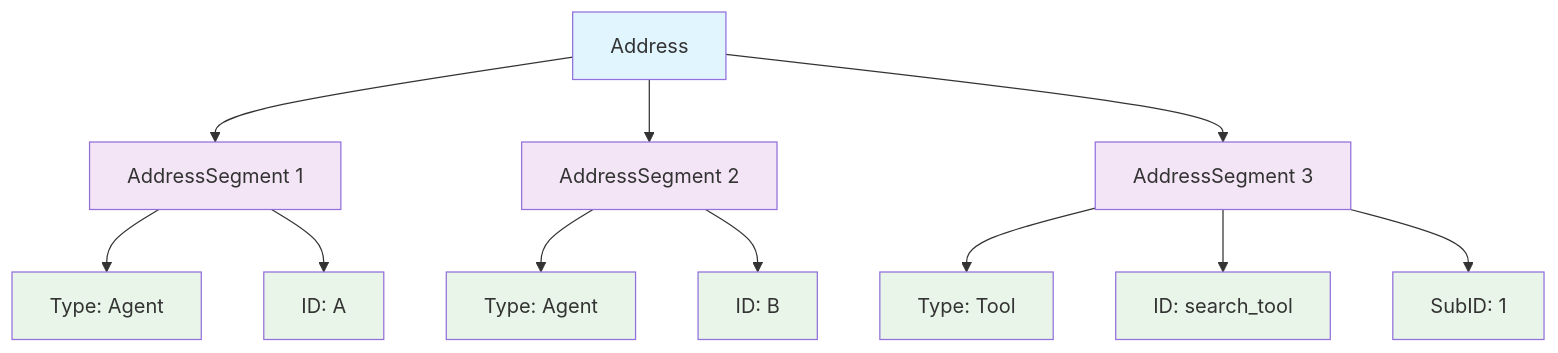
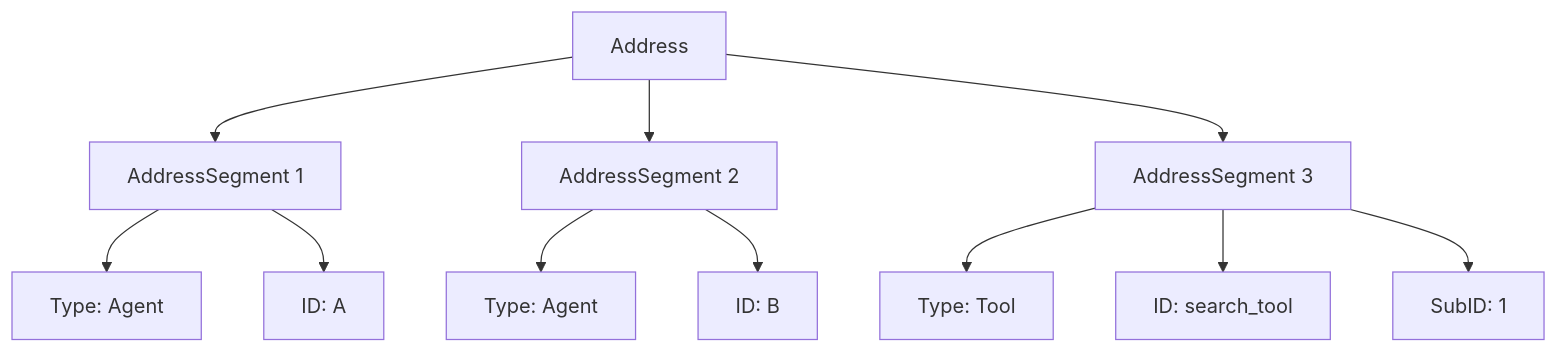
One commit to cloudwego/cloudwego.github.io changed the fourth of 5 diagrams in content/en/docs/eino/core_modules/eino_adk/agent_hitl.md. Above: the diagram before and after it, drawn with Mermaid. The commit also changed other lines of this file and 110 other files, not shown here.

````diff
--- a/content/en/docs/eino/core_modules/eino_adk/agent_hitl.md
+++ b/content/en/docs/eino/core_modules/eino_adk/agent_hitl.md
@@ -903,28 +531,16 @@
 ```mermaid
 graph TD
     A[Address] --> B[AddressSegment 1]
     A --> C[AddressSegment 2]
     A --> D[AddressSegment 3]
     
     B --> B1[Type: Agent]
     B --> B2[ID: A]
     
     C --> C1[Type: Agent]
     C --> C2[ID: B]
     
     D --> D1[Type: Tool]
     D --> D2[ID: search_tool]
     D --> D3[SubID: 1]
-    
-    style A fill:#e1f5fe
-    style B fill:#f3e5f5
-    style C fill:#f3e5f5
-    style D fill:#f3e5f5
-    style B1 fill:#e8f5e8
-    style B2 fill:#e8f5e8
-    style C1 fill:#e8f5e8
-    style C2 fill:#e8f5e8
-    style D1 fill:#e8f5e8
-    style D2 fill:#e8f5e8
-    style D3 fill:#e8f5e8
 ```
````
